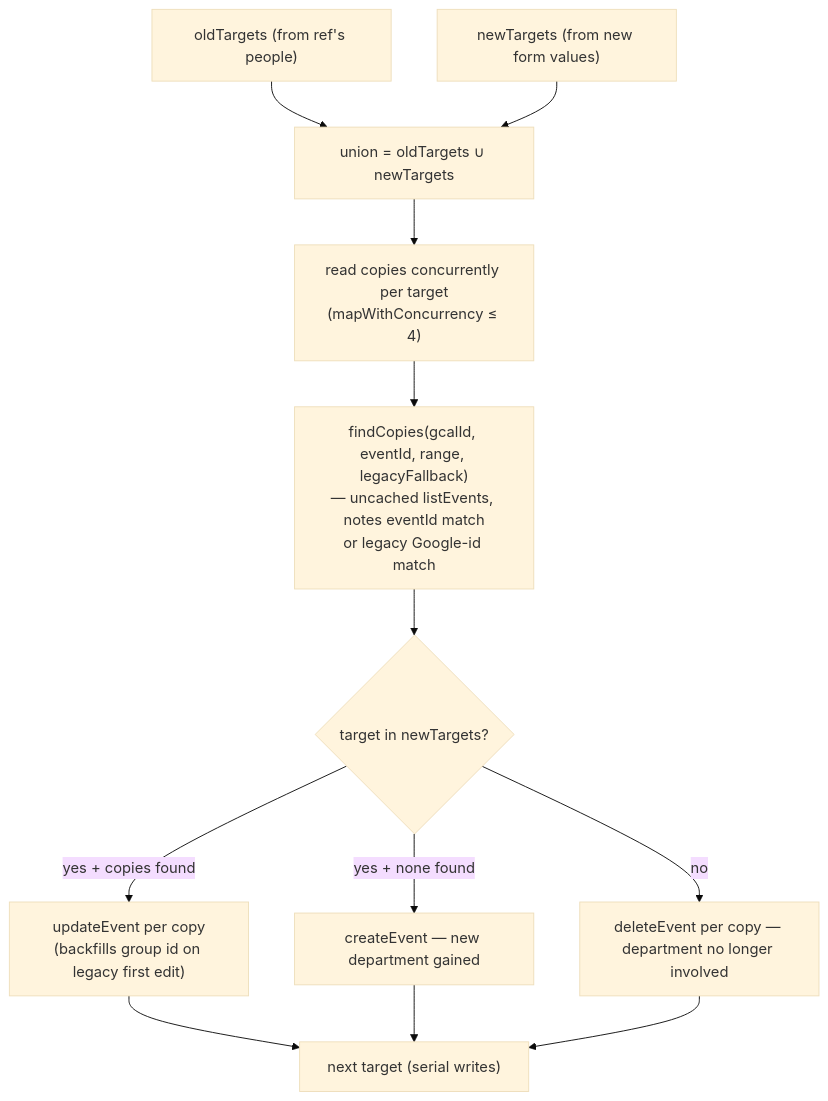
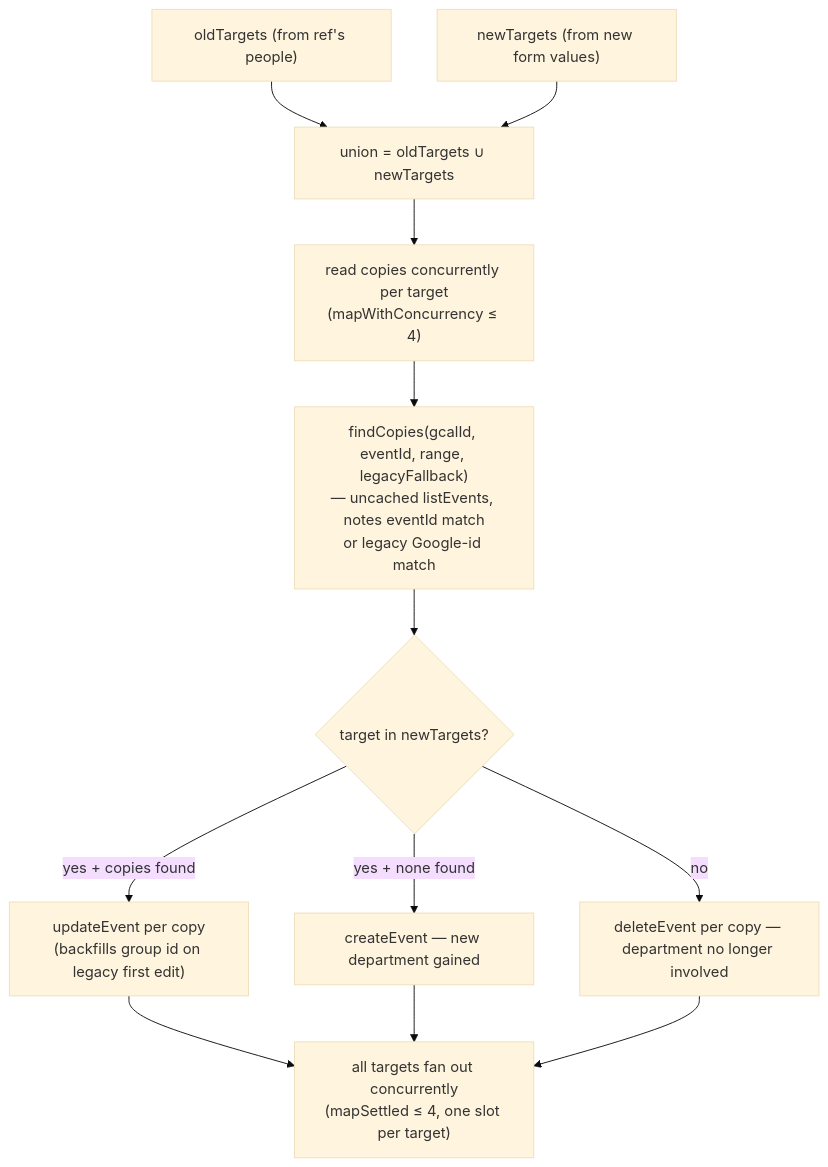
The third of 3 diagrams in docs/event-mutations.md (oncloudnintynineone-source/cloudy2), drawn with Mermaid (base theme) before and after one commit. The commit also changed other lines of this file and 36 other files, not shown here.

````diff
--- a/docs/event-mutations.md
+++ b/docs/event-mutations.md
@@ -163,14 +172,14 @@
 ```mermaid
 flowchart TB
  O["oldTargets (from ref's people)"] --> U["union = oldTargets ∪ newTargets"]
  N["newTargets (from new form values)"] --> U
  U --> L["read copies concurrently per target<br/>(mapWithConcurrency ≤ 4)"]
  L --> F["findCopies(gcalId, eventId, range, legacyFallback)<br/>— uncached listEvents, notes eventId match<br/>or legacy Google-id match"]
  F --> IN{target in newTargets?}
  IN -- yes + copies found --> UP["updateEvent per copy<br/>(backfills group id on legacy first edit)"]
  IN -- yes + none found --> CR["createEvent — new department gained"]
  IN -- no --> DE["deleteEvent per copy — department no longer involved"]
- UP --> NEXT["next target (serial writes)"]
- CR --> NEXT
- DE --> NEXT
+ UP --> DONE["all targets fan out concurrently<br/>(mapSettled ≤ 4, one slot per target)"]
+ CR --> DONE
+ DE --> DONE
 ```
````
